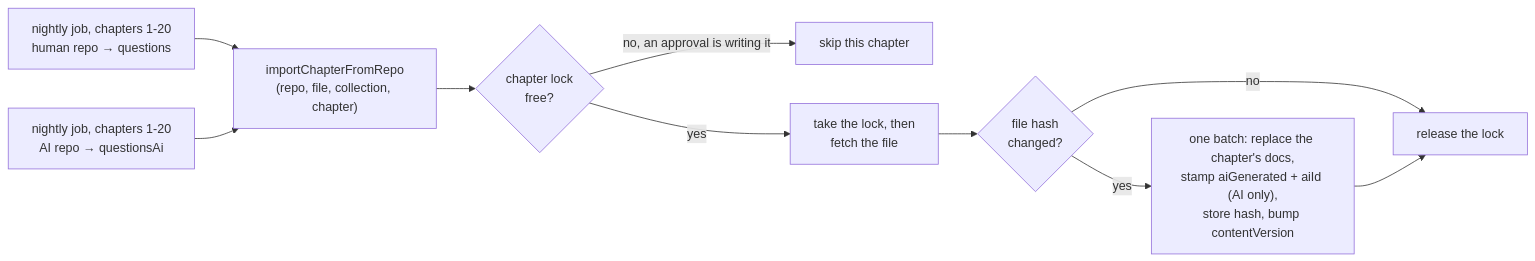
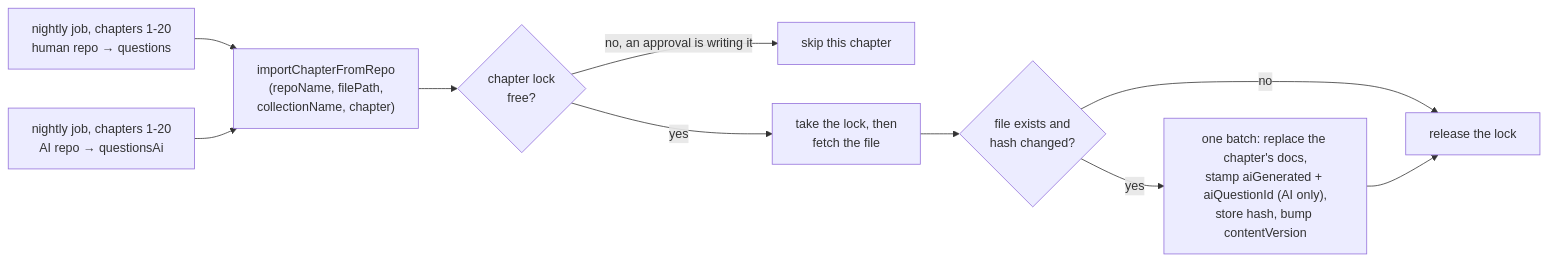
Before and after one commit to alexmcdermid/real-estate-quest: the fourth of 5 diagrams in docs/ai-question-flow.md, drawn with Mermaid. The commit also changed other lines of this file, not shown here.

Commit message:
docs: match the AI question flow doc to the implementation

````diff
--- a/docs/ai-question-flow.md
+++ b/docs/ai-question-flow.md
@@ -156,12 +159,12 @@
 ```mermaid
 flowchart LR
   J1["nightly job, chapters 1-20<br/>human repo → questions"] --> IMP
   J2["nightly job, chapters 1-20<br/>AI repo → questionsAi"] --> IMP
-  IMP["importChapterFromRepo<br/>(repo, file, collection, chapter)"] --> L{"chapter lock<br/>free?"}
+  IMP["importChapterFromRepo<br/>(repoName, filePath,<br/>collectionName, chapter)"] --> L{"chapter lock<br/>free?"}
   L -- "no, an approval is writing it" --> SKIP["skip this chapter"]
   L -- yes --> A["take the lock, then<br/>fetch the file"]
-  A --> B{"file hash<br/>changed?"}
+  A --> B{"file exists and<br/>hash changed?"}
   B -- no --> REL["release the lock"]
-  B -- yes --> C["one batch: replace the chapter's docs,<br/>stamp aiGenerated + aiId (AI only),<br/>store hash, bump contentVersion"]
+  B -- yes --> C["one batch: replace the chapter's docs,<br/>stamp aiGenerated + aiQuestionId (AI only),<br/>store hash, bump contentVersion"]
   C --> REL
 ```
````
